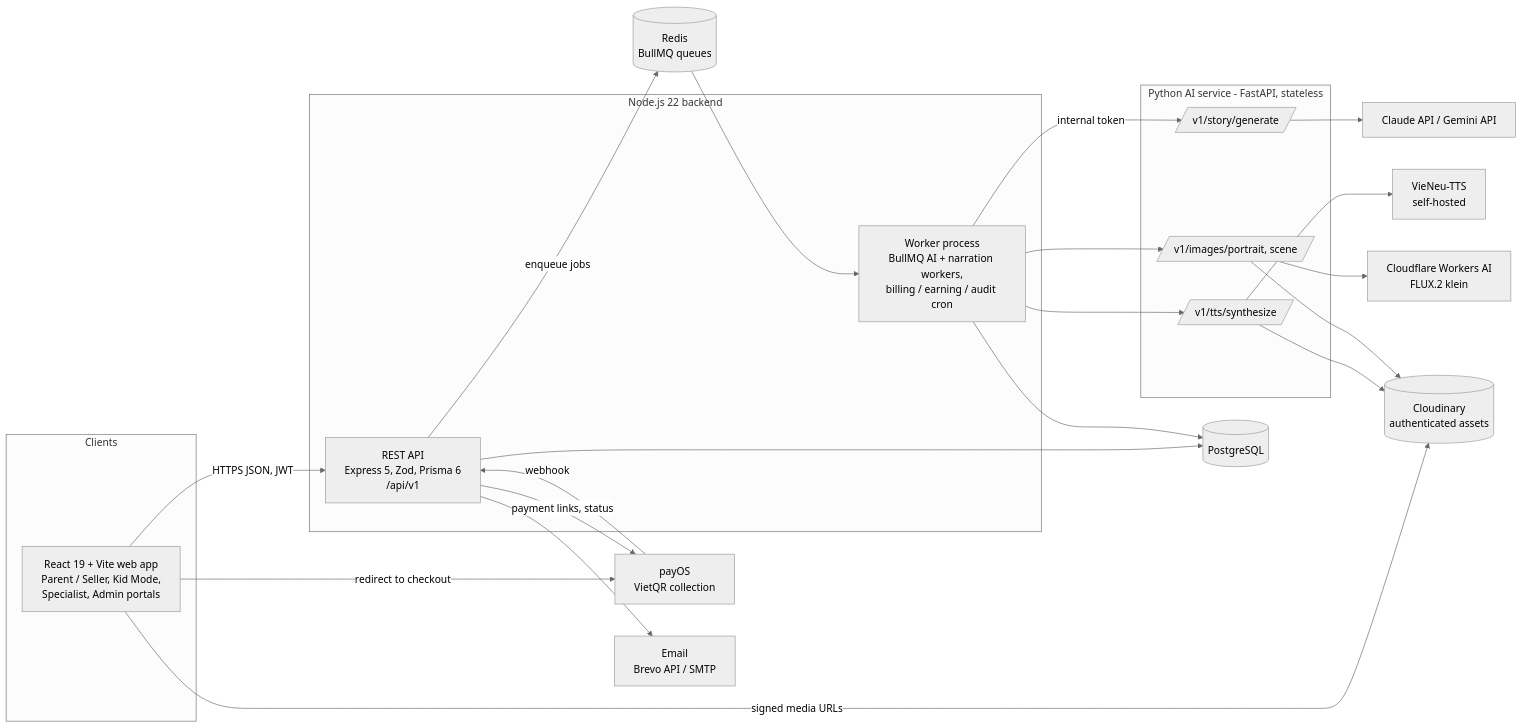
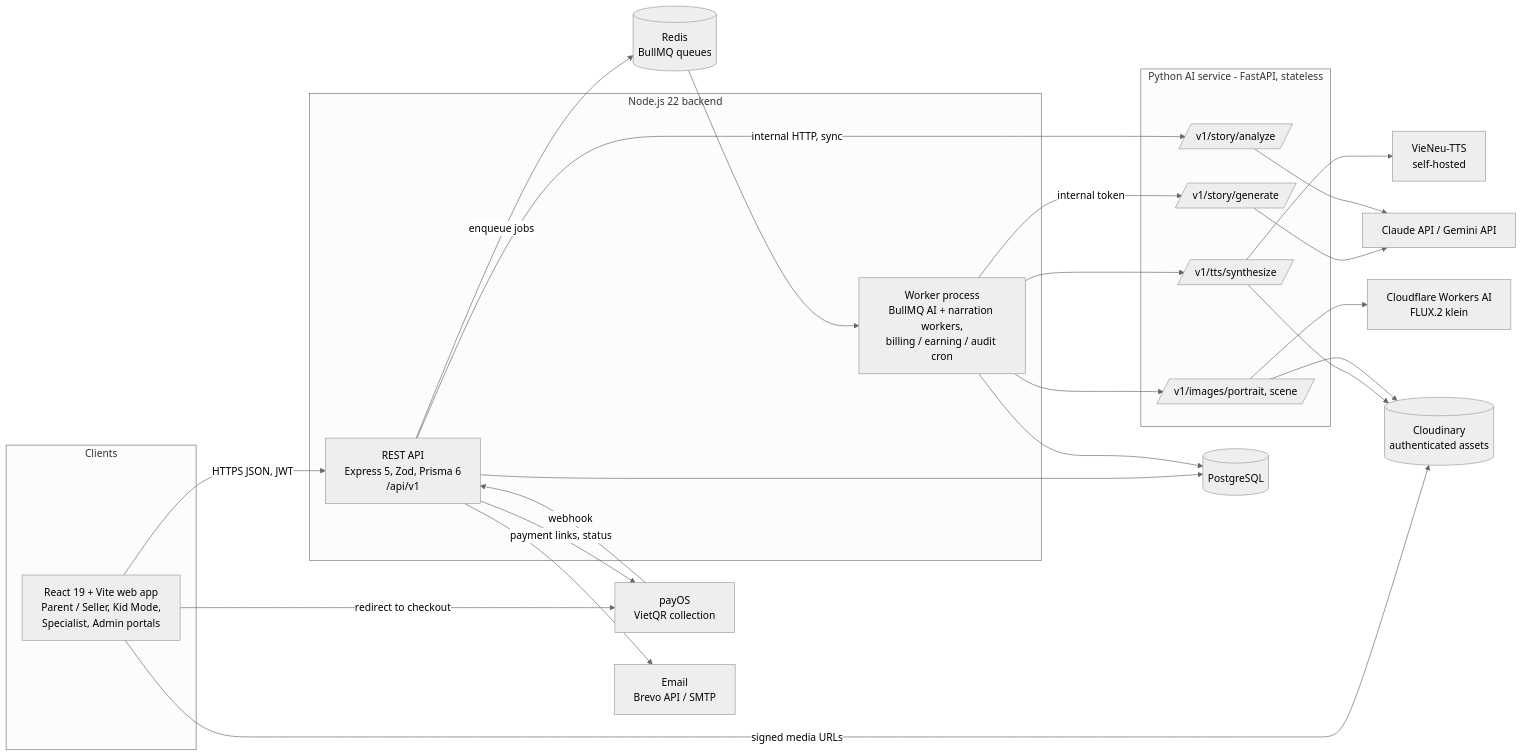
One commit to SEP490-GFA26SE186/BE changed the diagram in docs/sdd/1.1-architecture.mmd. Above: the diagram before and after it, drawn with Mermaid.

Commit message:
docs(sdd): A-02 add synchronous API to AI service /v1/story/analyze call to architecture source diagram

```diff
--- a/docs/sdd/1.1-architecture.mmd
+++ b/docs/sdd/1.1-architecture.mmd
@@ -1,40 +1,43 @@
 %%{init: {"theme": "neutral", "themeVariables": {"fontFamily": "Arial"}}}%%
 flowchart LR
   subgraph Clients
     WEB[React 19 + Vite web app<br/>Parent / Seller, Kid Mode,<br/>Specialist, Admin portals]
   end
   subgraph Backend [Node.js 22 backend]
     API[REST API<br/>Express 5, Zod, Prisma 6<br/>/api/v1]
     WK[Worker process<br/>BullMQ AI + narration workers,<br/>billing / earning / audit cron]
   end
   REDIS[(Redis<br/>BullMQ queues)]
   DB[(PostgreSQL)]
   subgraph AISvc [Python AI service - FastAPI, stateless]
     STORY[/v1/story/generate/]
+    ANALYZE[/v1/story/analyze/]
     TTS[/v1/tts/synthesize/]
     IMG[/v1/images/portrait, scene/]
   end
   LLM[Claude API / Gemini API]
   VN[VieNeu-TTS<br/>self-hosted]
   CF[Cloudflare Workers AI<br/>FLUX.2 klein]
   CLD[(Cloudinary<br/>authenticated assets)]
   PAY[payOS<br/>VietQR collection]
   MAIL[Email<br/>Brevo API / SMTP]
   WEB -->|HTTPS JSON, JWT| API
   WEB -->|signed media URLs| CLD
   WEB -->|redirect to checkout| PAY
   API --> DB
   API -->|enqueue jobs| REDIS
   REDIS --> WK
   WK --> DB
   WK -->|internal token| STORY
   WK --> TTS
   WK --> IMG
+  API -->|internal HTTP, sync| ANALYZE
   STORY --> LLM
+  ANALYZE --> LLM
   TTS --> VN
   IMG --> CF
   TTS --> CLD
   IMG --> CLD
   API -->|payment links, status| PAY
   PAY -->|webhook| API
   API --> MAIL
```
